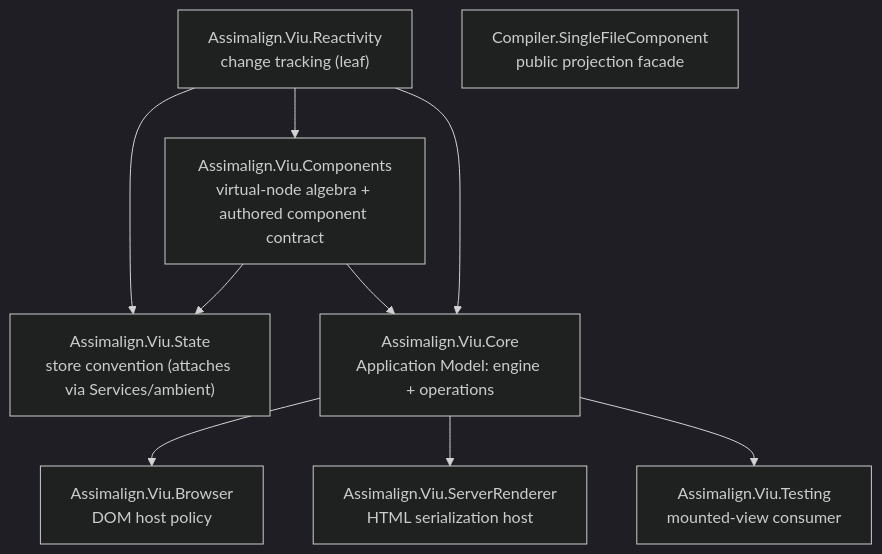
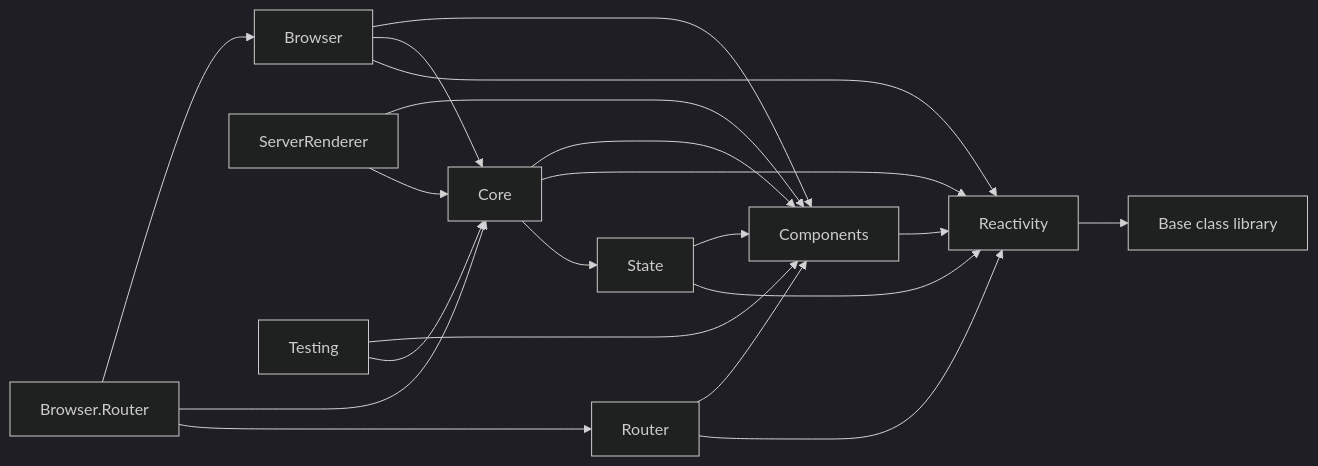
The diagram in .redesign/docs/PROJECT-GRAPH.md (assimalign/viu), drawn with Mermaid (dark theme) before and after one commit. The commit also changed other lines of this file and 131 other files, not shown here.

First line of the commit message:
feat(component-model): Router port and integration close-out [V01.01.15.02]

````diff
--- a/.redesign/docs/PROJECT-GRAPH.md
+++ b/.redesign/docs/PROJECT-GRAPH.md
@@ -7,20 +5,22 @@
 ```mermaid
-flowchart TD
-    Reactivity["Assimalign.Viu.Reactivity\nchange tracking (leaf)"]
-    Components["Assimalign.Viu.Components\nvirtual-node algebra + authored component contract"]
-    State["Assimalign.Viu.State\nstore convention (attaches via Services/ambient)"]
-    Core["Assimalign.Viu.Core\nApplication Model: engine + operations"]
-    Browser["Assimalign.Viu.Browser\nDOM host policy"]
-    Server["Assimalign.Viu.ServerRenderer\nHTML serialization host"]
-    Testing["Assimalign.Viu.Testing\nmounted-view consumer"]
-    Tooling["Compiler.SingleFileComponent\npublic projection facade"]
-
-    Reactivity --> Components
-    Reactivity --> State
-    Components --> State
-    Components --> Core
-    Reactivity --> Core
-    Core --> Browser
-    Core --> Server
-    Core --> Testing
+flowchart LR
+    Reactivity --> BCL[Base class library]
+    Components --> Reactivity
+    State --> Components
+    State --> Reactivity
+    Router --> Components
+    Router --> Reactivity
+    Core --> Components
+    Core --> Reactivity
+    Core --> State
+    Browser --> Components
+    Browser --> Core
+    Browser --> Reactivity
+    BrowserRouter[Browser.Router] --> Browser
+    BrowserRouter --> Core
+    BrowserRouter --> Router
+    ServerRenderer --> Components
+    ServerRenderer --> Core
+    Testing --> Components
+    Testing --> Core
 ```
````
